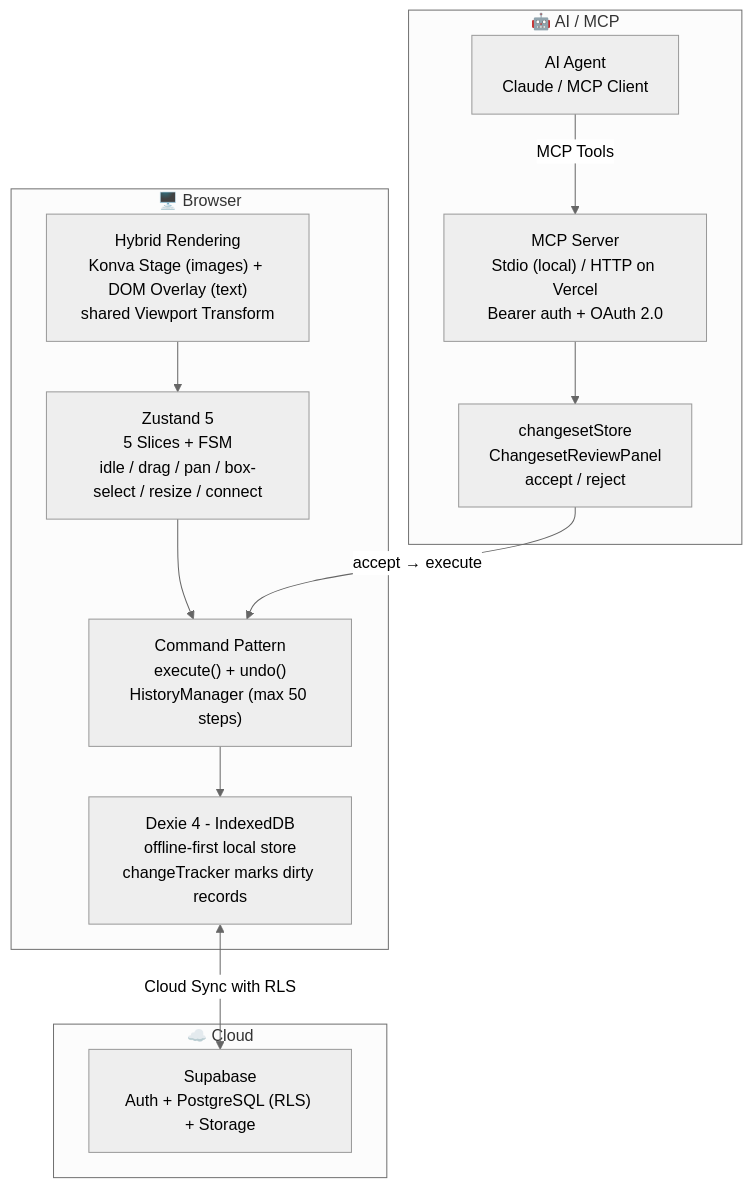
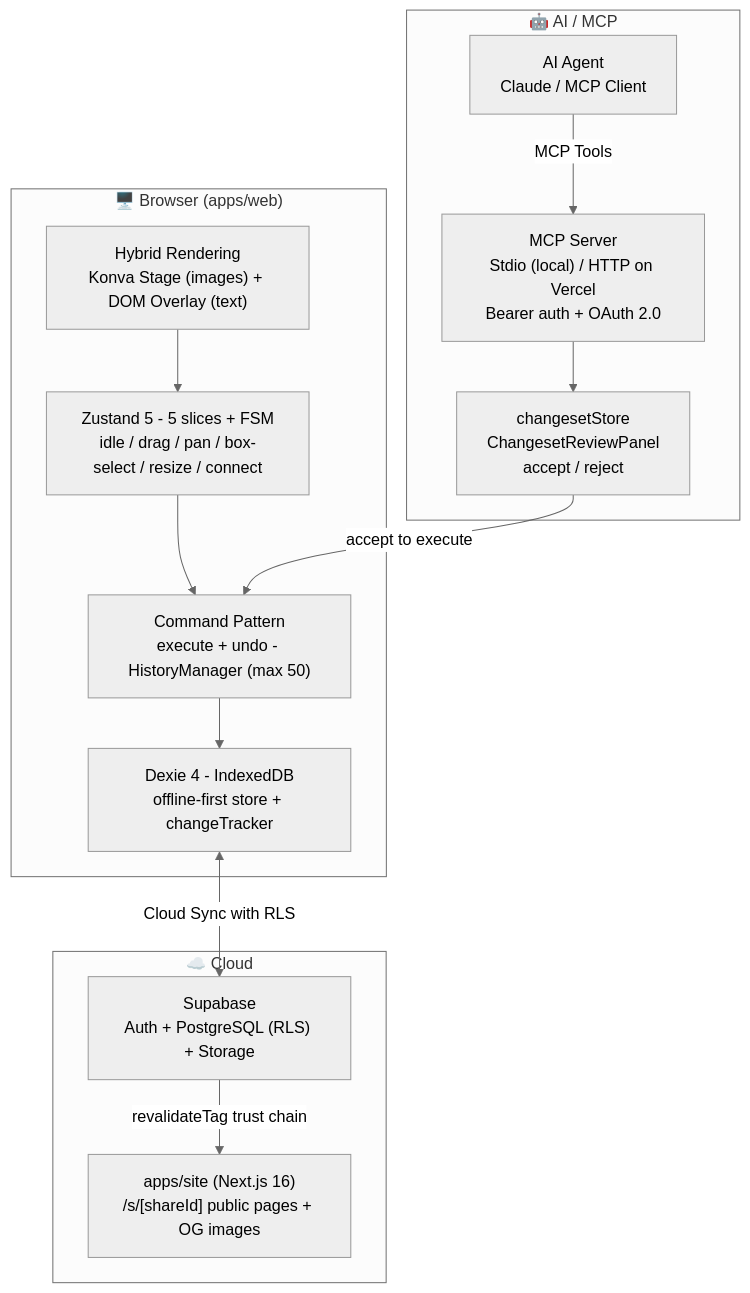
The diagram in README.md (iamvince24/serenity-canvas), drawn with Mermaid (neutral theme) before and after one commit. The commit also changed other lines of this file and 1 other file, not shown here.

````diff
--- a/README.md
+++ b/README.md
@@ -20,27 +85,29 @@
 ```mermaid
-graph TB
-    subgraph Browser["🖥️ Browser"]
-        Rendering["Hybrid Rendering\nKonva Stage (images) + DOM Overlay (text)\nshared Viewport Transform"]
-        State["Zustand 5\n5 Slices + FSM\nidle / drag / pan / box-select / resize / connect"]
-        Commands["Command Pattern\nexecute() + undo()\nHistoryManager (max 50 steps)"]
-        Dexie["Dexie 4 - IndexedDB\noffline-first local store\nchangeTracker marks dirty records"]
+flowchart TB
+    subgraph browser["🖥️ Browser (apps/web)"]
+        Rendering["Hybrid Rendering<br>Konva Stage (images) + DOM Overlay (text)"]
+        State["Zustand 5 - 5 slices + FSM<br>idle / drag / pan / box-select / resize / connect"]
+        Commands["Command Pattern<br>execute + undo - HistoryManager (max 50)"]
+        Dexie["Dexie 4 - IndexedDB<br>offline-first store + changeTracker"]
     end
 
-    subgraph Cloud["☁️ Cloud"]
-        Supabase["Supabase\nAuth + PostgreSQL (RLS) + Storage"]
+    subgraph cloud["☁️ Cloud"]
+        Supabase["Supabase<br>Auth + PostgreSQL (RLS) + Storage"]
+        Site["apps/site (Next.js 16)<br>/s/[shareId] public pages + OG images"]
     end
 
-    subgraph AI["🤖 AI / MCP"]
-        Agent["AI Agent\nClaude / MCP Client"]
-        MCPServer["MCP Server\nStdio (local) / HTTP on Vercel\nBearer auth + OAuth 2.0"]
-        Changeset["changesetStore\nChangesetReviewPanel\naccept / reject"]
+    subgraph aiMcp["🤖 AI / MCP"]
+        Agent["AI Agent<br>Claude / MCP Client"]
+        MCPServer["MCP Server<br>Stdio (local) / HTTP on Vercel<br>Bearer auth + OAuth 2.0"]
+        Changeset["changesetStore<br>ChangesetReviewPanel<br>accept / reject"]
     end
 
     Rendering --> State
     State --> Commands
     Commands --> Dexie
-    Dexie <-->|Cloud Sync with RLS| Supabase
-    Agent -->|MCP Tools| MCPServer
+    Dexie <-->|"Cloud Sync with RLS"| Supabase
+    Supabase -->|"revalidateTag trust chain"| Site
+    Agent -->|"MCP Tools"| MCPServer
     MCPServer --> Changeset
-    Changeset -->|accept → execute| Commands
+    Changeset -->|"accept to execute"| Commands
 ```
````
